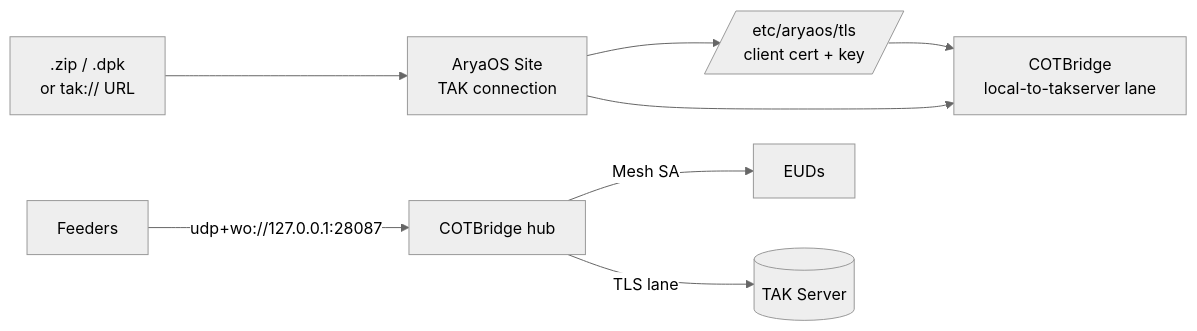
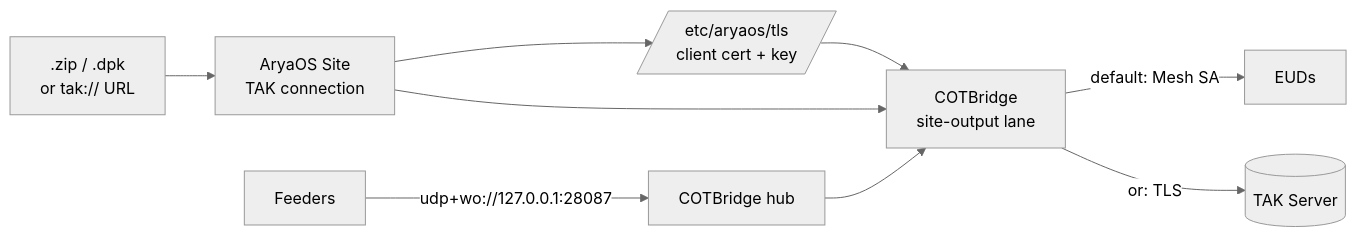
Before and after one commit to snstac/aryaos: the diagram in docs/deploy/connect-tak-server.md, drawn with Mermaid (neutral theme). The commit also changed other lines of this file and 10 other files, not shown here.

Commit message:
docs: explain unified site-wide CoT output

````diff
--- a/docs/deploy/connect-tak-server.md
+++ b/docs/deploy/connect-tak-server.md
@@ -41,10 +41,11 @@
 ```mermaid
 flowchart LR
     DP[.zip / .dpk<br/>or tak:// URL] --> AOS[AryaOS Site<br/>TAK connection]
     AOS --> TLS[/etc/aryaos/tls<br/>client cert + key/]
-    AOS --> LANE[COTBridge<br/>local-to-takserver lane]
+    AOS --> LANE[COTBridge<br/>site-output lane]
     Feeders -->|udp+wo://127.0.0.1:28087| H[COTBridge hub]
-    H -->|Mesh SA| E[EUDs]
-    H -->|TLS lane| S[(TAK Server)]
+    H --> LANE
+    LANE -->|default: Mesh SA| E[EUDs]
+    LANE -->|or: TLS| S[(TAK Server)]
     TLS --> LANE
 ```
````
